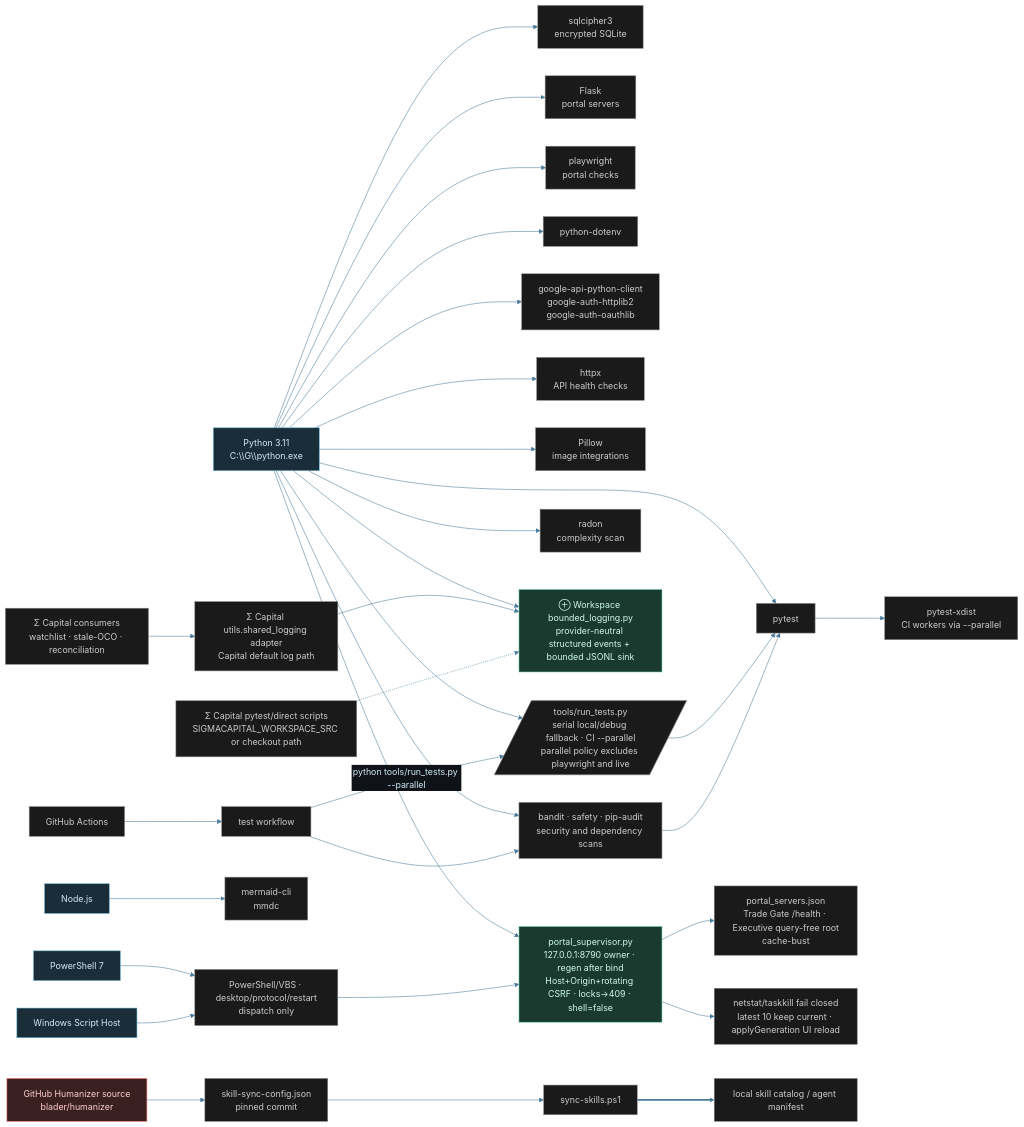
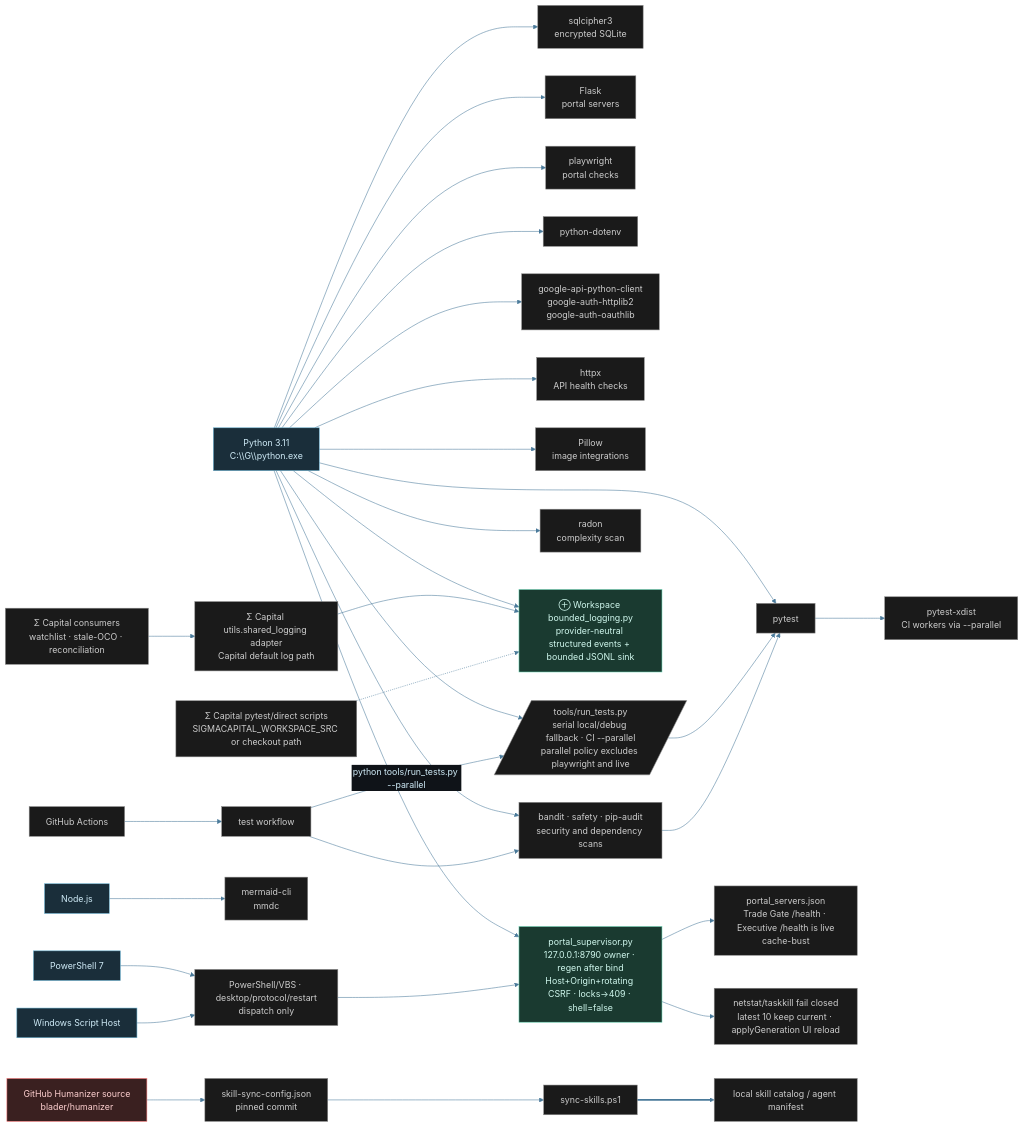
The diagram in diagrams/workspace-tech-stack.mmd (tylerdrakemusic/-Workspace), drawn with Mermaid before and after one commit. The commit also changed 3 other files, not shown here.

Commit message:
⊕ workspace: repair executive brief integration diagrams

```diff
--- a/diagrams/workspace-tech-stack.mmd
+++ b/diagrams/workspace-tech-stack.mmd
@@ -1,50 +1,50 @@
 %%{init: {'theme': 'base', 'themeVariables': {'primaryColor': '#1a2e3a', 'primaryTextColor': '#d0ecf8', 'edgeLabelBackground': '#0f1318', 'lineColor': '#4a7a9a'}}}%%
 graph LR
     Python[Python 3.11<br/>C:\\G\\python.exe] --> SQLCipher[sqlcipher3<br/>encrypted SQLite]
     Python --> Pytest[pytest]
     Python --> Flask[Flask<br/>portal servers]
     Python --> Playwright[playwright<br/>portal checks]
     Python --> Dotenv[python-dotenv]
     Python --> GoogleAPI[google-api-python-client<br/>google-auth-httplib2<br/>google-auth-oauthlib]
     Python --> Httpx[httpx<br/>API health checks]
     Python --> Pillow[Pillow<br/>image integrations]
     Python --> SecurityTools[bandit · safety · pip-audit<br/>security and dependency scans]
     Python --> Radon[radon<br/>complexity scan]
     Python --> BoundedLogging[⊕ Workspace bounded_logging.py<br/>provider-neutral structured events + bounded JSONL sink]
     Python --> Supervisor[portal_supervisor.py<br/>127.0.0.1:8790 owner · regen after bind<br/>Host+Origin+rotating CSRF · locks→409 · shell=false]
-    Supervisor --> ServiceConfig[portal_servers.json<br/>Trade Gate /health · Executive query-free root<br/>cache-bust]
+    Supervisor --> ServiceConfig[portal_servers.json<br/>Trade Gate /health · Executive /health is live<br/>cache-bust]
     Supervisor --> WindowsProcess[netstat/taskkill fail closed<br/>latest 10 keep current · applyGeneration UI reload]
     ThinShims[PowerShell/VBS · desktop/protocol/restart<br/>dispatch only] --> Supervisor
     PowerShell[PowerShell 7] --> ThinShims
     WindowsScript[Windows Script Host] --> ThinShims
     CapitalLoggingConsumers[Σ Capital consumers<br/>watchlist · stale-OCO · reconciliation] --> CapitalLoggingAdapter[Σ Capital utils.shared_logging adapter<br/>Capital default log path]
     CapitalLoggingAdapter --> BoundedLogging
     CapitalLoggingBootstrap[Σ Capital pytest/direct scripts<br/>SIGMACAPITAL_WORKSPACE_SRC or checkout path] -.-> BoundedLogging
     Python --> TestRunner[/tools/run_tests.py<br/>serial local/debug fallback · CI --parallel<br/>parallel policy excludes playwright and live/]
     TestRunner --> Pytest
     Pytest --> Xdist[pytest-xdist<br/>CI workers via --parallel]
     Node[Node.js] --> Mmdc[mermaid-cli<br/>mmdc]
     GitHub[GitHub Actions] --> CI_Tests[test workflow]
     CI_Tests --> SecurityTools --> Pytest
     CI_Tests -->|"python tools/run_tests.py --parallel"| TestRunner
     HumanizerSource[GitHub Humanizer source<br/>blader/humanizer] --> SkillSyncConfig[skill-sync-config.json<br/>pinned commit]
     SkillSyncConfig --> SkillSyncScript[sync-skills.ps1]
     SkillSyncScript ==> LocalSkillCatalog[local skill catalog / agent manifest]
     class Python,Node,PowerShell,WindowsScript lang
     class Supervisor,BoundedLogging ws
     class CapitalLoggingAdapter,CapitalLoggingConsumers,CapitalLoggingBootstrap tool
     class SQLCipher,Pytest,TestRunner,Xdist,Flask,Playwright,Dotenv,Mmdc,ThinShims,ServiceConfig,WindowsProcess,GitHub,CI_Tests,GoogleAPI,Httpx,Pillow,SecurityTools,Radon,SkillSyncConfig,SkillSyncScript,LocalSkillCatalog tool
     class HumanizerSource ext
 
 classDef life     fill:#1a2e3a,stroke:#6ab4d4,color:#d0ecf8
 classDef music    fill:#3a1a24,stroke:#d47a8f,color:#f8d0dc
 classDef quantum  fill:#251a3a,stroke:#a07adf,color:#e8d0f8
 classDef manifest fill:#3a2e1a,stroke:#d4a96a,color:#f8ead0
 classDef ws       fill:#1a3a30,stroke:#6ad4b4,color:#d0f8ee
 classDef tyler    fill:#2a1a3a,stroke:#9e4aff,color:#fff
 classDef orch     fill:#1a3a52,stroke:#4a9eff,color:#fff
 classDef ext      fill:#3a2020,stroke:#ff7a7a,color:#ffd0d0
 classDef db       fill:#3a3010,stroke:#d4c050,color:#f8f0c0
 classDef state    fill:#1a1a1a,stroke:#888888,color:#cccccc
 classDef lang     fill:#1a2e3a,stroke:#6ab4d4,color:#d0ecf8
 classDef tool     fill:#1a1a1a,stroke:#888888,color:#cccccc
```
